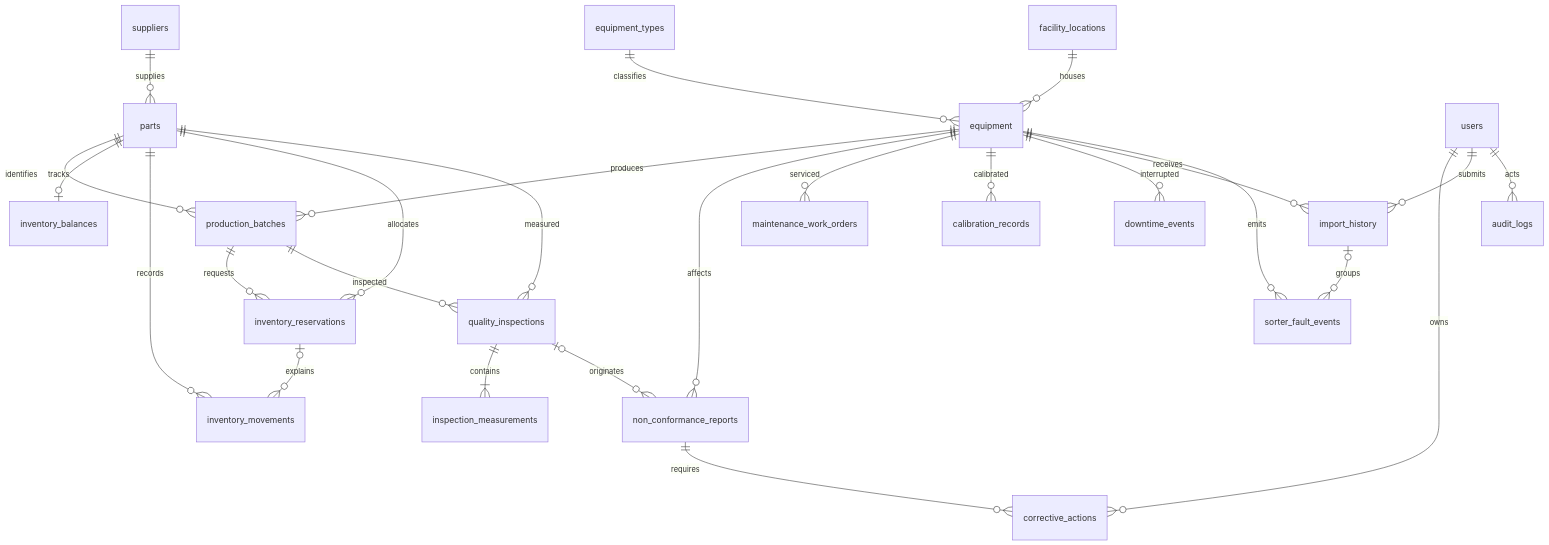
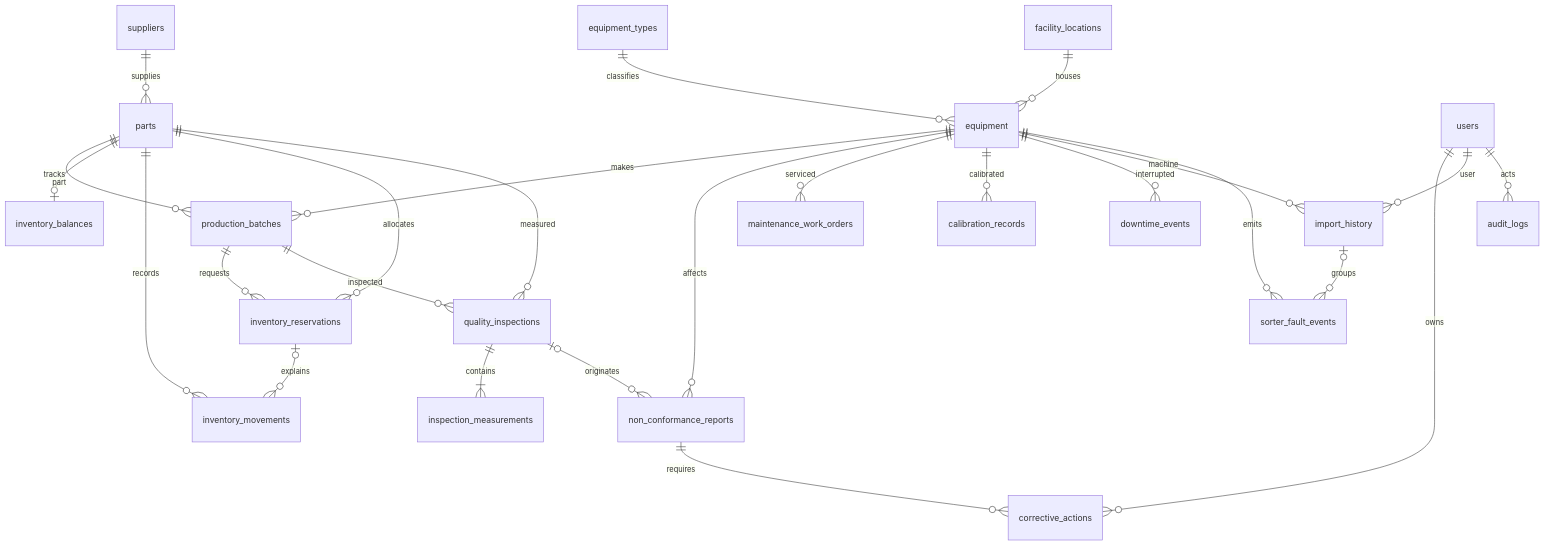
Before and after one commit to S4mos4/factoryiq-manufacturing-system: the diagram in docs/DATABASE.md, drawn with Mermaid. The commit also changed 11 other files, not shown here.

````diff
--- a/docs/DATABASE.md
+++ b/docs/DATABASE.md
@@ -5,28 +5,28 @@
 ```mermaid
 erDiagram
     equipment_types ||--o{ equipment : classifies
     facility_locations ||--o{ equipment : houses
     suppliers ||--o{ parts : supplies
-    equipment ||--o{ production_batches : produces
-    parts ||--o{ production_batches : identifies
+    equipment ||--o{ production_batches : makes
+    parts ||--o{ production_batches : part
     parts ||--o| inventory_balances : tracks
     parts ||--o{ inventory_movements : records
     parts ||--o{ inventory_reservations : allocates
     production_batches ||--o{ inventory_reservations : requests
     inventory_reservations o|--o{ inventory_movements : explains
     production_batches ||--o{ quality_inspections : inspected
     parts ||--o{ quality_inspections : measured
     quality_inspections ||--|{ inspection_measurements : contains
     quality_inspections o|--o{ non_conformance_reports : originates
     equipment ||--o{ non_conformance_reports : affects
     non_conformance_reports ||--o{ corrective_actions : requires
     users ||--o{ corrective_actions : owns
     equipment ||--o{ maintenance_work_orders : serviced
     equipment ||--o{ calibration_records : calibrated
     equipment ||--o{ downtime_events : interrupted
-    equipment ||--o{ import_history : receives
+    equipment ||--o{ import_history : machine
     equipment ||--o{ sorter_fault_events : emits
     import_history o|--o{ sorter_fault_events : groups
-    users ||--o{ import_history : submits
+    users ||--o{ import_history : user
     users ||--o{ audit_logs : acts
 ```
````
